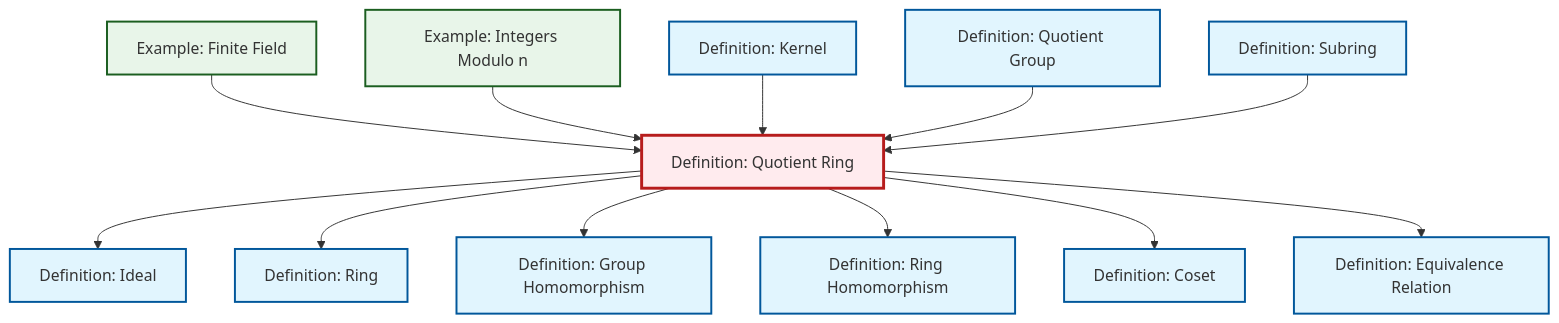
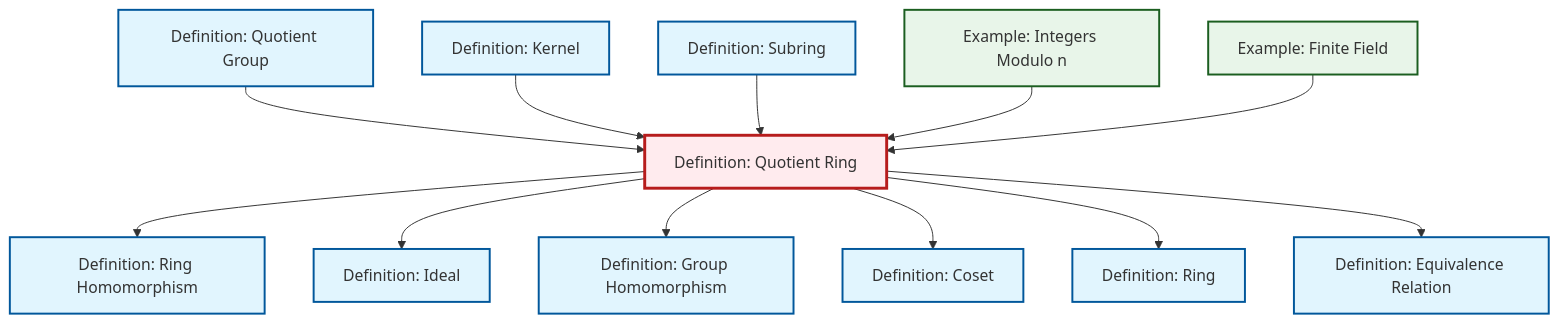
Before and after one commit to RK0429/ModernMath: the diagram in content/en/algebra/def-quotient-ring.qmd, drawn with Mermaid. The commit also changed other lines of this file and 634 other files, not shown here.

First line of the commit message:
feat: Add prime ideal definition with comprehensive cross-references

````diff
--- a/content/en/algebra/def-quotient-ring.qmd
+++ b/content/en/algebra/def-quotient-ring.qmd
@@ -95,44 +97,44 @@
 ```{mermaid}
 %%| fig-cap: "Local dependency graph"
 graph TD
     classDef definition fill:#e1f5fe,stroke:#01579b,stroke-width:2px
     classDef theorem fill:#f3e5f5,stroke:#4a148c,stroke-width:2px
     classDef axiom fill:#fff3e0,stroke:#e65100,stroke-width:2px
     classDef example fill:#e8f5e9,stroke:#1b5e20,stroke-width:2px
     classDef current fill:#ffebee,stroke:#b71c1c,stroke-width:3px
-    ex-finite-field["Example: Finite Field"]:::example
+    def-quotient-ring["Definition: Quotient Ring"]:::definition
     def-ring-homomorphism["Definition: Ring Homomorphism"]:::definition
-    def-kernel["Definition: Kernel"]:::definition
-    def-ideal["Definition: Ideal"]:::definition
     def-quotient-group["Definition: Quotient Group"]:::definition
+    def-ring["Definition: Ring"]:::definition
     def-equivalence-relation["Definition: Equivalence Relation"]:::definition
-    def-coset["Definition: Coset"]:::definition
     def-subring["Definition: Subring"]:::definition
     ex-quotient-integers-mod-n["Example: Integers Modulo n"]:::example
-    def-quotient-ring["Definition: Quotient Ring"]:::definition
+    ex-finite-field["Example: Finite Field"]:::example
+    def-kernel["Definition: Kernel"]:::definition
     def-homomorphism["Definition: Group Homomorphism"]:::definition
-    def-ring["Definition: Ring"]:::definition
+    def-coset["Definition: Coset"]:::definition
+    def-ideal["Definition: Ideal"]:::definition
+    def-quotient-ring --> def-ring-homomorphism
+    def-quotient-group --> def-quotient-ring
+    def-kernel --> def-quotient-ring
+    def-subring --> def-quotient-ring
     def-quotient-ring --> def-ideal
+    def-quotient-ring --> def-homomorphism
+    ex-quotient-integers-mod-n --> def-quotient-ring
+    def-quotient-ring --> def-coset
+    def-quotient-ring --> def-ring
     ex-finite-field --> def-quotient-ring
-    def-quotient-ring --> def-ring
-    ex-quotient-integers-mod-n --> def-quotient-ring
-    def-quotient-ring --> def-homomorphism
-    def-kernel --> def-quotient-ring
-    def-quotient-group --> def-quotient-ring
-    def-quotient-ring --> def-ring-homomorphism
-    def-subring --> def-quotient-ring
-    def-quotient-ring --> def-coset
     def-quotient-ring --> def-equivalence-relation
     class def-quotient-ring current
-    click ex-finite-field "ex-finite-field.html" "Go to Finite Field example"
     click def-ring-homomorphism "def-ring-homomorphism.html" "Go to Ring Homomorphism definition"
-    click def-kernel "def-kernel.html" "Go to Kernel definition"
-    click def-ideal "def-ideal.html" "Go to Ideal definition"
     click def-quotient-group "def-quotient-group.html" "Go to Quotient Group definition"
+    click def-ring "def-ring.html" "Go to Ring definition"
     click def-equivalence-relation "def-equivalence-relation.html" "Go to Equivalence Relation definition"
-    click def-coset "def-coset.html" "Go to Coset definition"
     click def-subring "def-subring.html" "Go to Subring definition"
     click ex-quotient-integers-mod-n "ex-quotient-integers-mod-n.html" "Go to Integers Modulo n example"
+    click ex-finite-field "ex-finite-field.html" "Go to Finite Field example"
+    click def-kernel "def-kernel.html" "Go to Kernel definition"
     click def-homomorphism "def-homomorphism.html" "Go to Group Homomorphism definition"
-    click def-ring "def-ring.html" "Go to Ring definition"
+    click def-coset "def-coset.html" "Go to Coset definition"
+    click def-ideal "def-ideal.html" "Go to Ideal definition"
 ```
````
